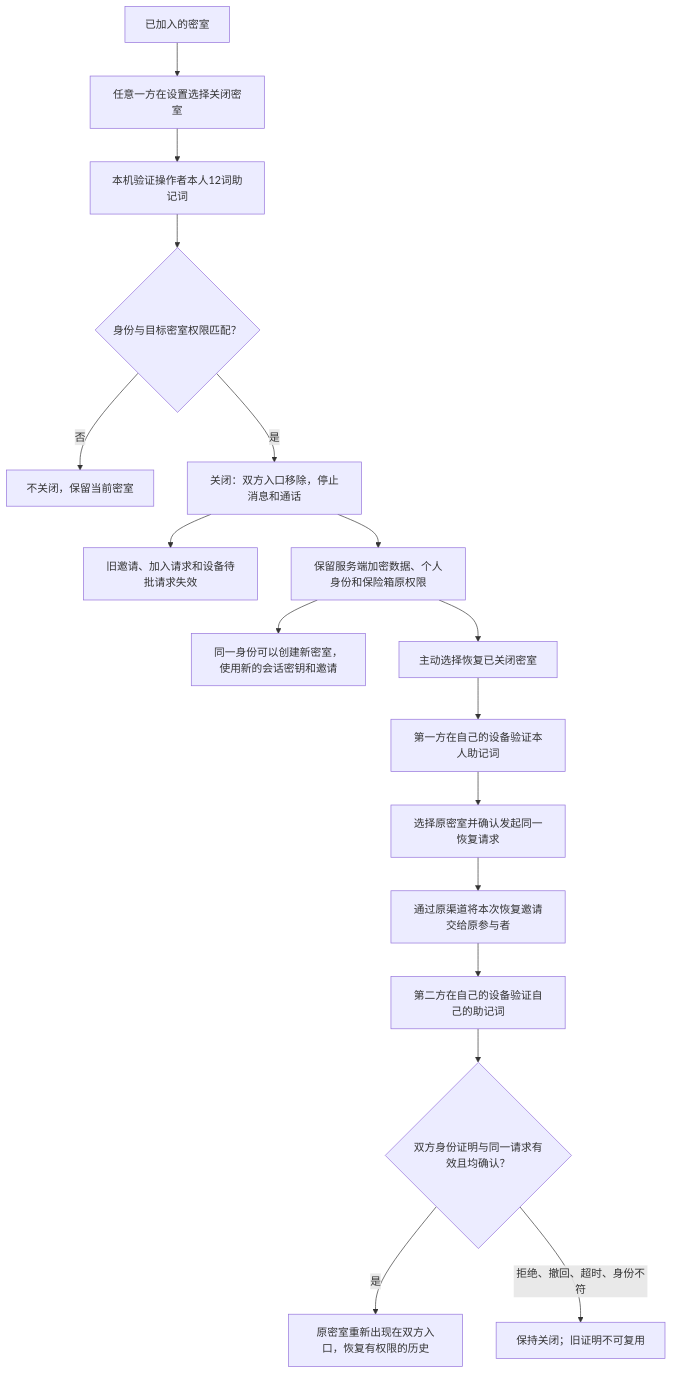
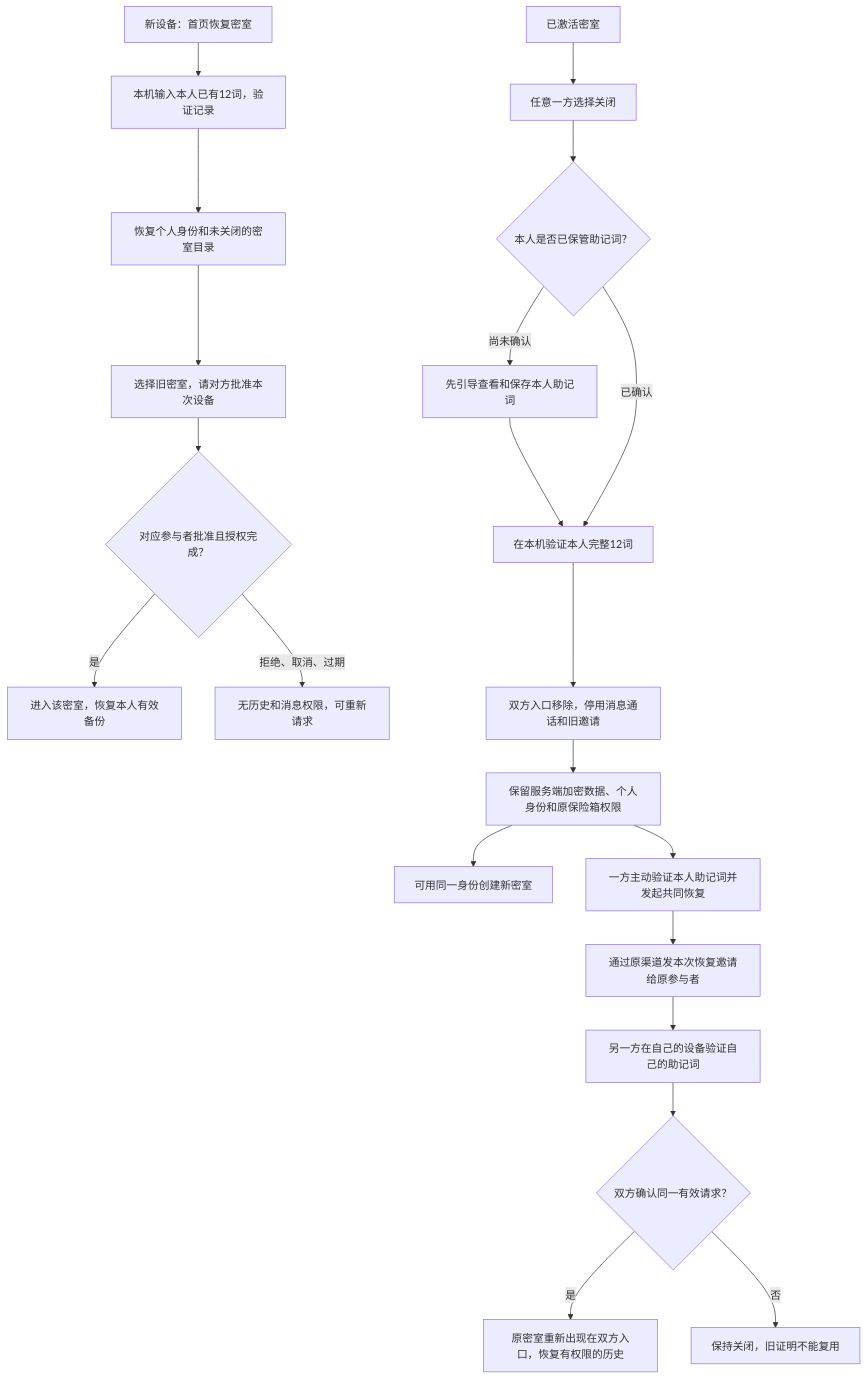
The third of 4 diagrams in docs/requirements/2026-10-16-personal-mnemonic-friends/flow.md (zdaiwmm/shui-IM), drawn with Mermaid before and after one commit. The commit also changed other lines of this file and 3 other files, not shown here.

````diff
--- a/docs/requirements/2026-10-16-personal-mnemonic-friends/flow.md
+++ b/docs/requirements/2026-10-16-personal-mnemonic-friends/flow.md
@@ -70,19 +67,23 @@
 ```mermaid
 flowchart TD
-  OPEN[已加入的密室] --> CLOSE[任意一方在设置选择关闭密室]
-  CLOSE --> OWN[本机验证操作者本人12词助记词]
-  OWN --> CHECK{身份与目标密室权限匹配？}
-  CHECK -->|否| FAIL[不关闭，保留当前密室]
-  CHECK -->|是| HIDE[关闭：双方入口移除，停止消息和通话]
-  HIDE --> REVOKE[旧邀请、加入请求和设备待批请求失效]
-  HIDE --> KEEP[保留服务端加密数据、个人身份和保险箱原权限]
-  KEEP --> NEW[同一身份可以创建新密室，使用新的会话密钥和邀请]
-  KEEP --> START[主动选择恢复已关闭密室]
-  START --> AWORD[第一方在自己的设备验证本人助记词]
-  AWORD --> SELECT[选择原密室并确认发起同一恢复请求]
-  SELECT --> SHARE[通过原渠道将本次恢复邀请交给原参与者]
-  SHARE --> BWORD[第二方在自己的设备验证自己的助记词]
-  BWORD --> BOTH{双方身份证明与同一请求有效且均确认？}
-  BOTH -->|是| AGAIN[原密室重新出现在双方入口，恢复有权限的历史]
-  BOTH -->|拒绝、撤回、超时、身份不符| STAY[保持关闭；旧证明不可复用]
+  NEW[新设备：首页恢复密室] --> OWN[本机输入本人已有12词，验证记录]
+  OWN --> DIR[恢复个人身份和未关闭的密室目录]
+  DIR --> DEV[选择旧密室，请对方批准本次设备]
+  DEV --> OK{对应参与者批准且授权完成？}
+  OK -->|是| ENTER[进入该密室，恢复本人有效备份]
+  OK -->|拒绝、取消、过期| DENY[无历史和消息权限，可重新请求]
+  OPEN[已激活密室] --> CLOSE[任意一方选择关闭]
+  CLOSE --> BACKUP{本人是否已保管助记词？}
+  BACKUP -->|尚未确认| FIRST[先引导查看和保存本人助记词]
+  FIRST --> PROOF[在本机验证本人完整12词]
+  BACKUP -->|已确认| PROOF
+  PROOF --> CLOSED[双方入口移除，停用消息通话和旧邀请]
+  CLOSED --> KEEP[保留服务端加密数据、个人身份和原保险箱权限]
+  KEEP --> FRESH[可用同一身份创建新密室]
+  KEEP --> ASK[一方主动验证本人助记词并发起共同恢复]
+  ASK --> SEND[通过原渠道发本次恢复邀请给原参与者]
+  SEND --> SECOND[另一方在自己的设备验证自己的助记词]
+  SECOND --> BOTH{双方确认同一有效请求？}
+  BOTH -->|是| RESTORED[原密室重新出现在双方入口，恢复有权限的历史]
+  BOTH -->|否| STAY[保持关闭，旧证明不能复用]
 ```
````
